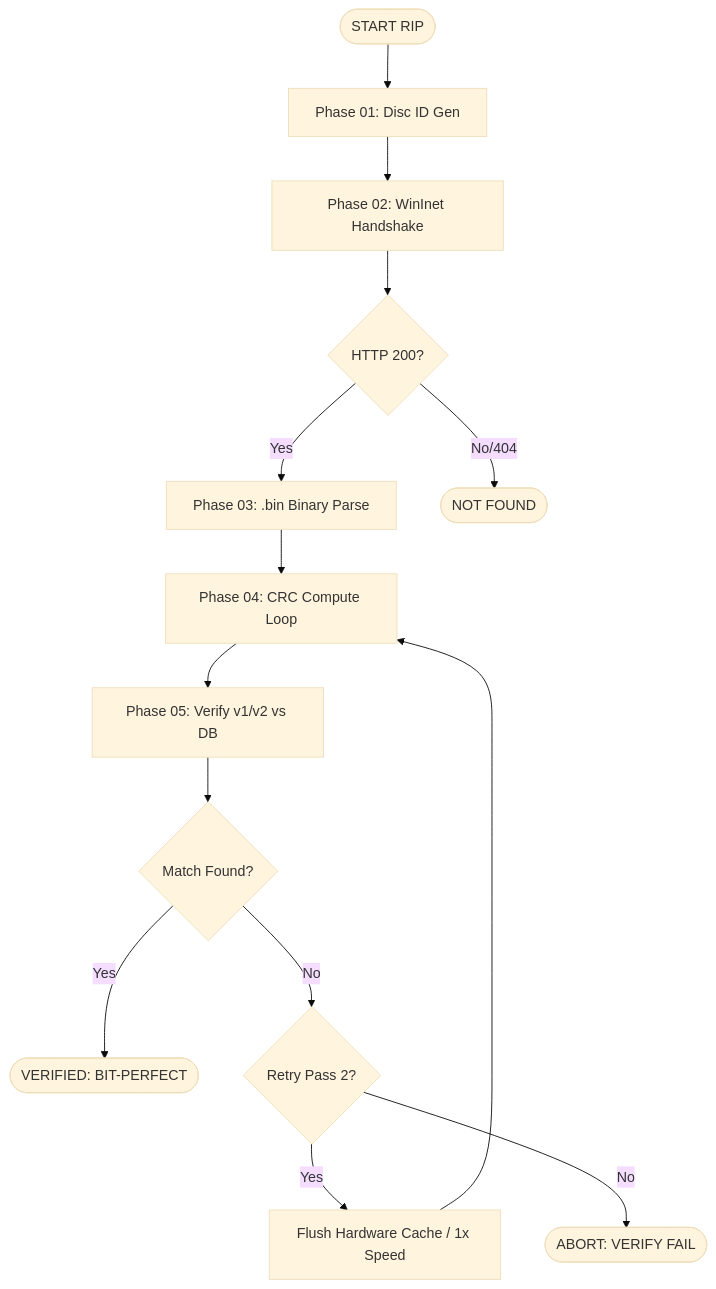
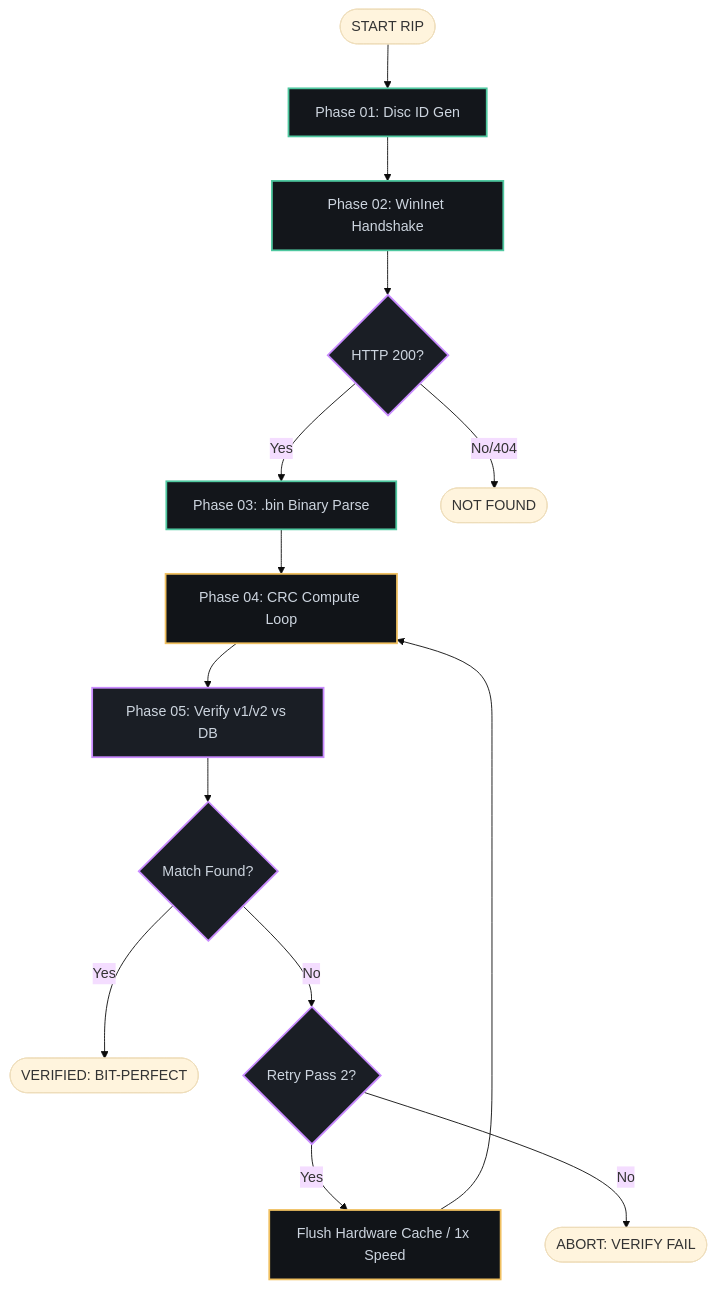
The diagram in docs/README.md (RadMageIRL/re-moct), drawn with Mermaid (base theme) before and after one commit.

````diff
--- a/docs/README.md
+++ b/docs/README.md
@@ -28,20 +28,28 @@
 ```mermaid
 graph TD
+    classDef hardware fill:#13161b,stroke:#4fc8a0,stroke-width:2px,color:#cdd5df;
+    classDef handshake fill:#1a1e25,stroke:#c98bff,stroke-width:2px,color:#cdd5df;
+    classDef forensic fill:#111418,stroke:#f0c060,stroke-width:2px,color:#cdd5df;
+
     Start([START RIP]) --> A[Phase 01: Disc ID Gen]
     A --> B[Phase 02: WinInet Handshake]
     B --> C{HTTP 200?}
     
     C -- Yes --> D[Phase 03: .bin Binary Parse]
     C -- No/404 --> F([NOT FOUND])
     
     D --> E[Phase 04: CRC Compute Loop]
     E --> G[Phase 05: Verify v1/v2 vs DB]
     
     G --> H{Match Found?}
     H -- Yes --> I([VERIFIED: BIT-PERFECT])
     H -- No --> J{Retry Pass 2?}
     
     J -- Yes --> K[Flush Hardware Cache / 1x Speed]
     K --> E
     J -- No --> L([ABORT: VERIFY FAIL])
+
+    class A,B,D hardware;
+    class C,G,H,J handshake;
+    class E,K forensic;
 ```
````
